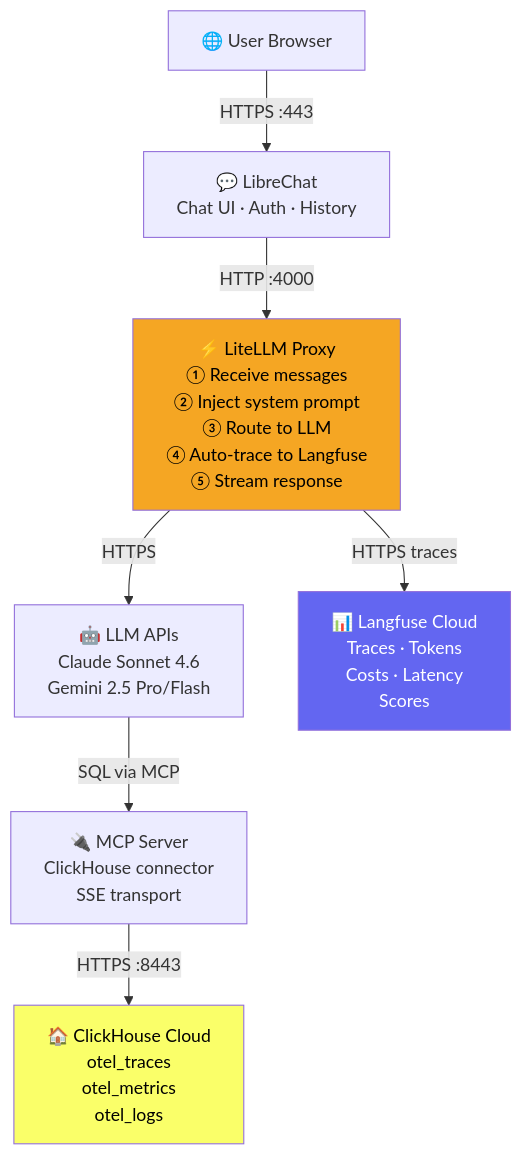
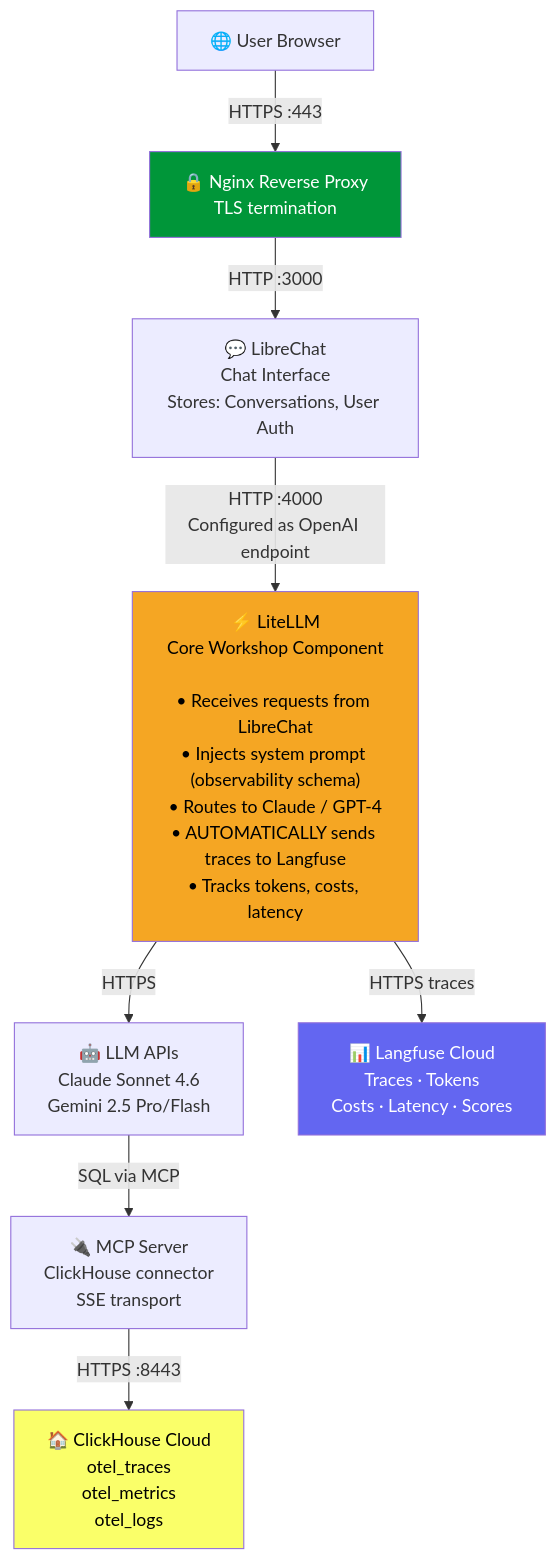
One commit to ClickHouse/ClickHouse_Demos changed the diagram in agent_stack_builds/clickhouse_ai_obserability/workshop_files/README.md. Above: the diagram before and after it, drawn with Mermaid.

Commit message:
docs: expand architecture diagram with Nginx node and detailed LiteLLM annotations
- Add Nginx reverse proxy node (HTTPS :443 → HTTP :3000 → LibreChat)
- Label LibreChat→LiteLLM edge as "Configured as OpenAI endpoint"
- Expand LiteLLM node with bullet-point details (system prompt injection, auto-tracing, cost tracking)
- Style Nginx node green for visual clarity

````diff
--- a/agent_stack_builds/clickhouse_ai_obserability/workshop_files/README.md
+++ b/agent_stack_builds/clickhouse_ai_obserability/workshop_files/README.md
@@ -23,21 +23,24 @@
 ```mermaid
 flowchart TD
     Browser["🌐 User Browser"]
-    LibreChat["💬 LibreChat\nChat UI · Auth · History"]
-    LiteLLM["⚡ LiteLLM Proxy\n① Receive messages\n② Inject system prompt\n③ Route to LLM\n④ Auto-trace to Langfuse\n⑤ Stream response"]
+    Nginx["🔒 Nginx Reverse Proxy\nTLS termination"]
+    LibreChat["💬 LibreChat\nChat Interface\nStores: Conversations, User Auth"]
+    LiteLLM["⚡ LiteLLM\nCore Workshop Component\n\n• Receives requests from LibreChat\n• Injects system prompt (observability schema)\n• Routes to Claude / GPT-4\n• AUTOMATICALLY sends traces to Langfuse\n• Tracks tokens, costs, latency"]
     LLMs["🤖 LLM APIs\nClaude Sonnet 4.6\nGemini 2.5 Pro/Flash"]
-    Langfuse["📊 Langfuse Cloud\nTraces · Tokens\nCosts · Latency\nScores"]
+    Langfuse["📊 Langfuse Cloud\nTraces · Tokens\nCosts · Latency · Scores"]
     ClickHouse["🏠 ClickHouse Cloud\notel_traces\notel_metrics\notel_logs"]
     MCP["🔌 MCP Server\nClickHouse connector\nSSE transport"]
 
-    Browser -->|"HTTPS :443"| LibreChat
-    LibreChat -->|"HTTP :4000"| LiteLLM
+    Browser -->|"HTTPS :443"| Nginx
+    Nginx -->|"HTTP :3000"| LibreChat
+    LibreChat -->|"HTTP :4000\nConfigured as OpenAI endpoint"| LiteLLM
     LiteLLM -->|"HTTPS"| LLMs
     LiteLLM -->|"HTTPS traces"| Langfuse
     LLMs -->|"SQL via MCP"| MCP
     MCP -->|"HTTPS :8443"| ClickHouse
 
     style LiteLLM fill:#f5a623,color:#000
     style ClickHouse fill:#FAFF69,color:#000
     style Langfuse fill:#6366f1,color:#fff
+    style Nginx fill:#009639,color:#fff
 ```
````
